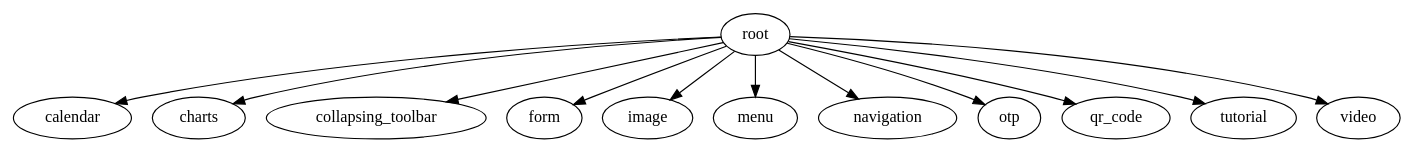
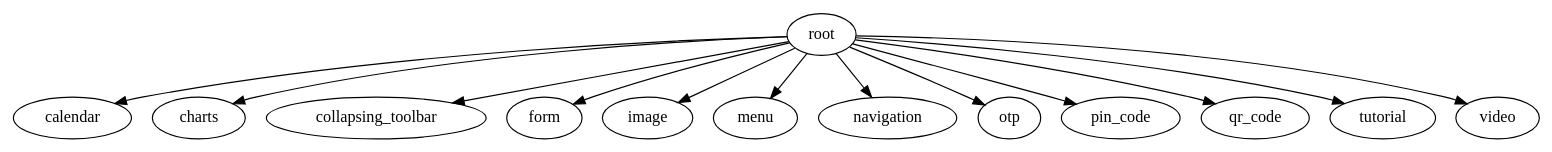
Before and after one commit to VitalyPerm/MobileUp-Android-Samples: the diagram in features/module_graph/modules.dot, drawn with Graphviz. The commit also changed 59 other files, not shown here.

```diff
--- a/features/module_graph/modules.dot
+++ b/features/module_graph/modules.dot
@@ -1,25 +1,27 @@
 digraph {
 calendar
 charts
 collapsing_toolbar
 form
 image
 menu
 navigation
 otp
+pin_code
 qr_code
 root
 tutorial
 video
 root -> calendar
 root -> charts
 root -> collapsing_toolbar
 root -> form
 root -> image
 root -> menu
 root -> navigation
 root -> otp
+root -> pin_code
 root -> qr_code
 root -> tutorial
 root -> video
 }
```
